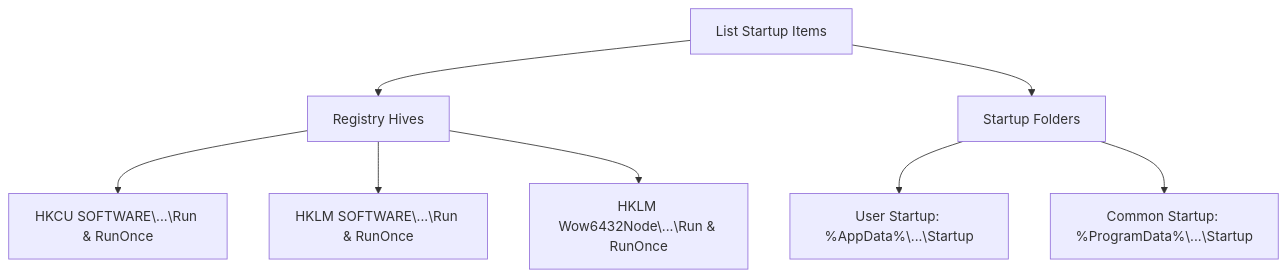
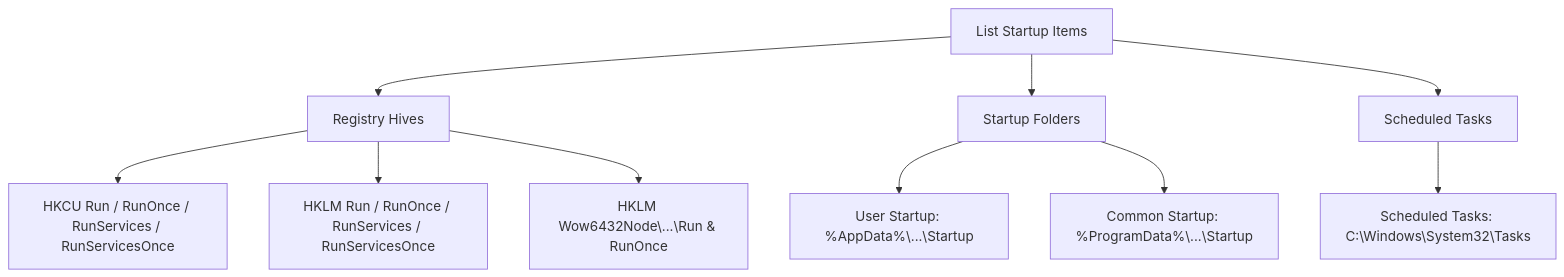
One commit to ThanhNguyxnOrg/PurgeKit changed the diagram in docs/STARTUP_MANAGER.md. Above: the diagram before and after it, drawn with Mermaid. The commit also changed other lines of this file and 37 other files, not shown here.

````diff
--- a/docs/STARTUP_MANAGER.md
+++ b/docs/STARTUP_MANAGER.md
@@ -11,12 +11,15 @@
 ```mermaid
 graph TD
     Scan[List Startup Items] --> Reg[Registry Hives]
     Scan --> Files[Startup Folders]
+    Scan --> Tasks[Scheduled Tasks]
 
-    Reg --> HKCU[HKCU SOFTWARE\...\Run & RunOnce]
-    Reg --> HKLM[HKLM SOFTWARE\...\Run & RunOnce]
+    Reg --> HKCU[HKCU Run / RunOnce / RunServices / RunServicesOnce]
+    Reg --> HKLM[HKLM Run / RunOnce / RunServices / RunServicesOnce]
     Reg --> HKLM32[HKLM Wow6432Node\...\Run & RunOnce]
 
     Files --> UserFolder[User Startup: %AppData%\...\Startup]
     Files --> CommonFolder[Common Startup: %ProgramData%\...\Startup]
+
+    Tasks --> TaskFolder[Scheduled Tasks: C:\Windows\System32\Tasks]
 ```
````
